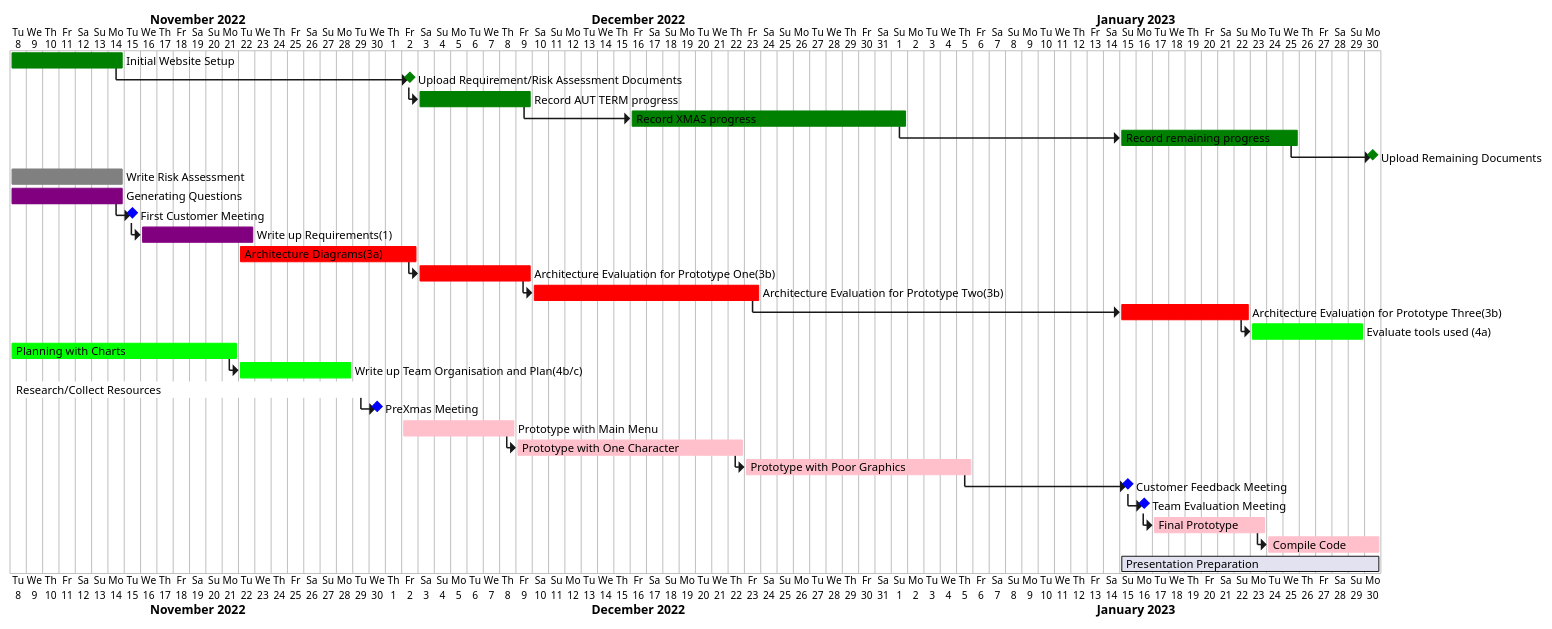
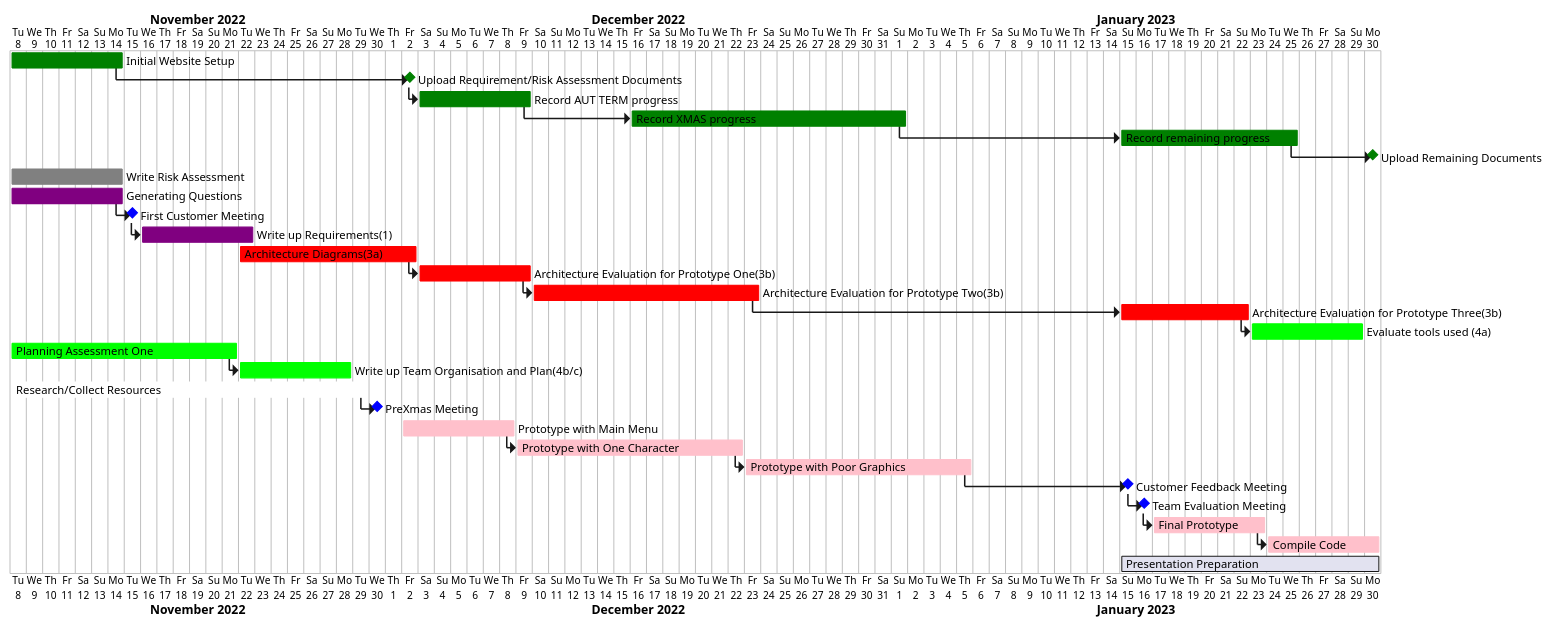
Before and after one commit to ENG1-Group-2/ENG1-Group-2.github.io---archive: the diagram in Gantt Charts/initial.puml, drawn with PlantUML.

Commit message:
Slight change to one of the action

```diff
--- a/Gantt Charts/initial.puml
+++ b/Gantt Charts/initial.puml
@@ -1,32 +1,32 @@
 @startgantt
 Project starts 2022-11-08
 
 [Initial Website Setup] lasts 7 days and is coloured in green
 then [Upload Requirement/Risk Assessment Documents] happens 2022-12-02 and is coloured in green
 then [Record AUT TERM progress]  lasts 7 days and is coloured in green
 then [Record XMAS progress] starts 2022-12-16 and ends 2023-01-01 and is coloured in green
 then [Record remaining progress] starts 2023-01-15 and ends 2023-01-25  and is coloured in green
 then [Upload Remaining Documents] happens 2023-01-30 and is coloured in green
 [Write Risk Assessment] lasts 7 days and is coloured in grey
 [Generating Questions] lasts 7 days and is coloured in purple
 then [First Customer Meeting] happens at 2022-11-15 and is coloured in blue
 then [Write up Requirements(1)] lasts 7 days and is coloured in purple
 [Architecture Diagrams(3a)] starts 2022-11-22 and ends 2022-12-02 and is coloured in red
 then [Architecture Evaluation for Prototype One(3b)] lasts 7 days and is coloured in red
 then [Architecture Evaluation for Prototype Two(3b)] lasts 14 days and is coloured in red
 then [Architecture Evaluation for Prototype Three(3b)] lasts 14 days and is coloured in red
 then [Architecture Evaluation for Prototype Three(3b)] starts 2023-01-15 and ends 2023-01-22 and is coloured in red
 then [Evaluate tools used (4a)] lasts 7 days and is coloured in lime
-[Planning with Charts] lasts 14 days and is coloured in lime
+[Planning Assessment One] lasts 14 days and is coloured in lime
 then [Write up Team Organisation and Plan(4b/c)] lasts 7 days and is coloured in lime
 [Research/Collect Resources] starts 2022-11-08 and ends 2022-11-29 and is coloured in white
 then [PreXmas Meeting] happens 2022-11-29 and is coloured in blue
 [Prototype with Main Menu] starts 2022-12-02 and lasts 7 days and is coloured in pink
 then [Prototype with One Character] lasts 14 days and is coloured in pink
 then [Prototype with Poor Graphics] lasts 14 days and is coloured in pink
 then [Customer Feedback Meeting] happens 2023-01-15 and is coloured in blue
 then [Team Evaluation Meeting] happens 2023-01-15 and is coloured in blue
 then [Final Prototype] lasts 7 days and is coloured in pink
 then [Compile Code] lasts 7 days and is coloured in pink
 [Presentation Preparation] starts 2023-01-15 and ends 2023-01-30
 @endgantt
```
